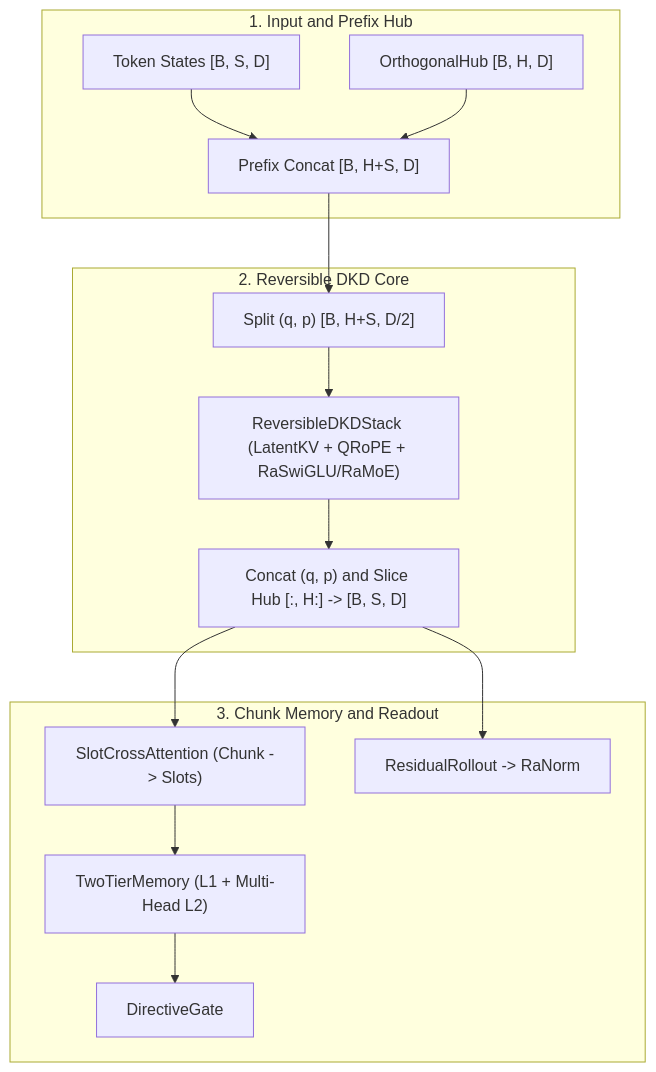
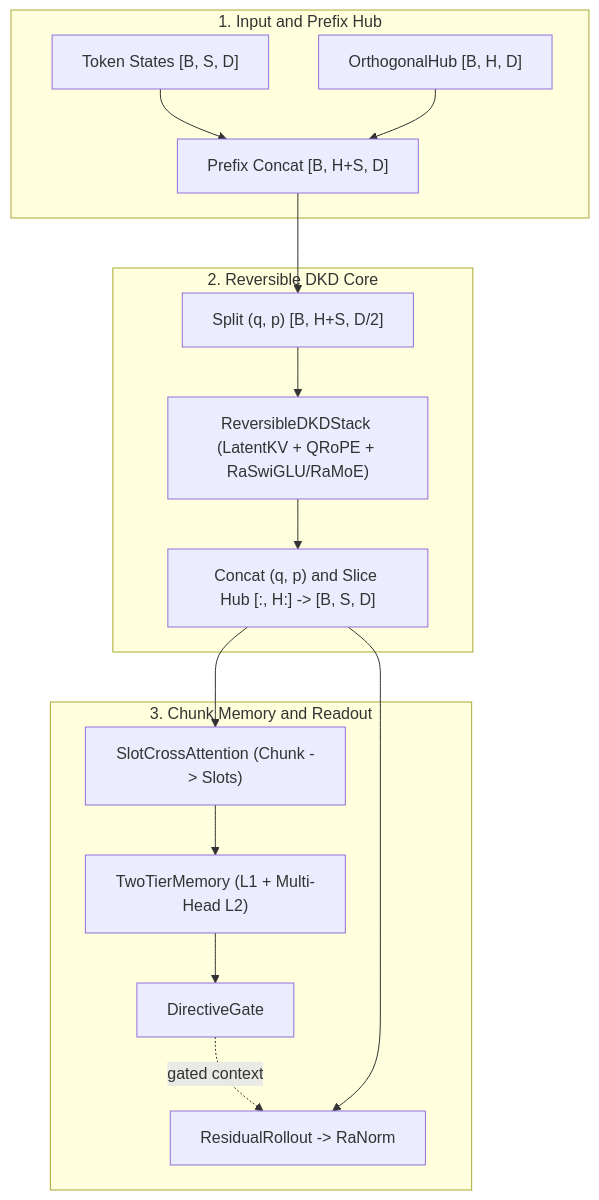
One commit to cloverx-id/luminamoon changed the first of 2 diagrams in docs/nn/README.md. Above: the diagram before and after it, drawn with Mermaid. The commit also changed other lines of this file and 4 other files, not shown here.

Commit message:
docs(nn): add interactive SVG architecture explorer page for MkDocs

````diff
--- a/docs/nn/README.md
+++ b/docs/nn/README.md
@@ -217,29 +219,30 @@
 ```mermaid
 flowchart TB
     subgraph IN["1. Input and Prefix Hub"]
         TOK["Token States [B, S, D]"]
         HUB["OrthogonalHub [B, H, D]"]
         CAT["Prefix Concat [B, H+S, D]"]
         TOK --> CAT
         HUB --> CAT
     end
 
     subgraph CORE["2. Reversible DKD Core"]
         SPLIT["Split (q, p) [B, H+S, D/2]"]
         STACK["ReversibleDKDStack (LatentKV + QRoPE + RaSwiGLU/RaMoE)"]
         MERGE["Concat (q, p) and Slice Hub [:, H:] -> [B, S, D]"]
         SPLIT --> STACK --> MERGE
     end
 
     subgraph OUT["3. Chunk Memory and Readout"]
         SLOT["SlotCrossAttention (Chunk -> Slots)"]
         MEM["TwoTierMemory (L1 + Multi-Head L2)"]
         GATE["DirectiveGate"]
         ROLL["ResidualRollout -> RaNorm"]
         SLOT --> MEM --> GATE
+        GATE -. "gated context" .-> ROLL
     end
 
     CAT --> SPLIT
     MERGE --> SLOT
     MERGE --> ROLL
 ```
````
